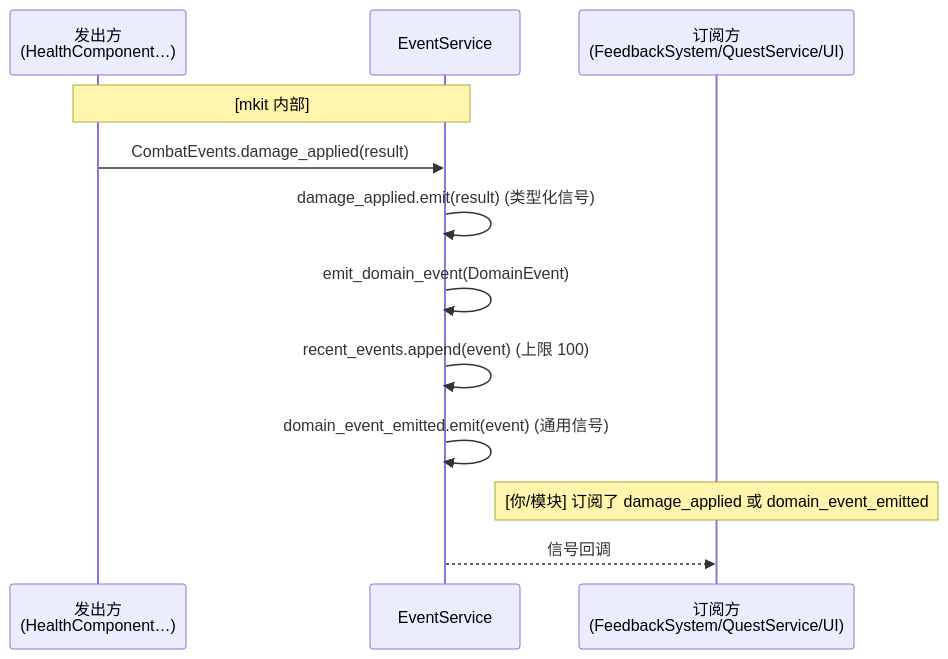
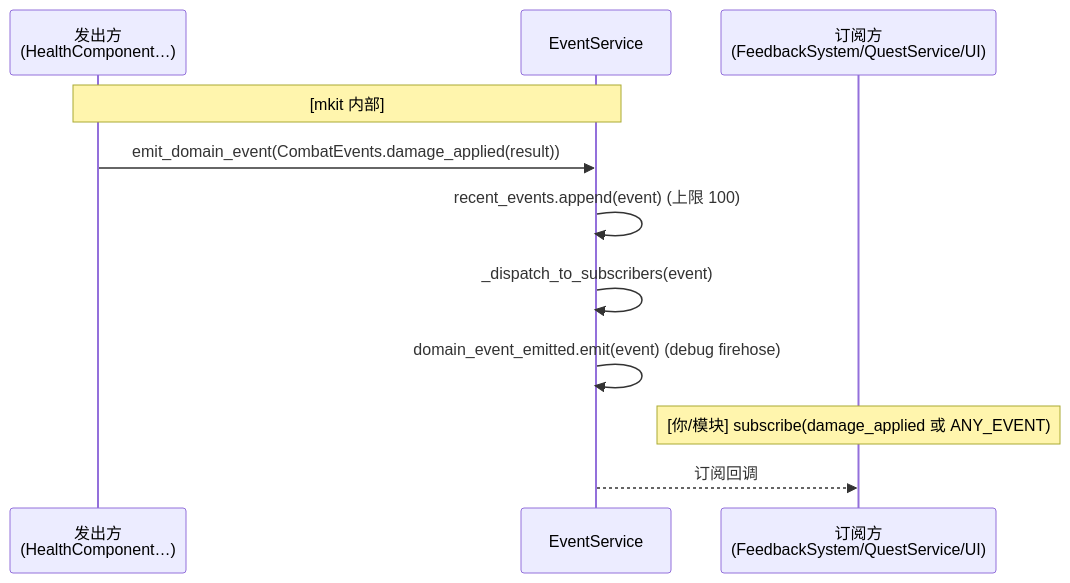
Before and after one commit to xiaofeiqiu/mkit: the eighth of 20 diagrams in docs/pipeline.md, drawn with Mermaid. The commit also changed other lines of this file and 403 other files, not shown here.

````diff
--- a/docs/pipeline.md
+++ b/docs/pipeline.md
@@ -567,15 +559,14 @@
 ```mermaid
 sequenceDiagram
     participant Caller as 发出方<br/>(HealthComponent…)
     participant ES as EventService
     participant Sub as 订阅方<br/>(FeedbackSystem/QuestService/UI)
 
     Note over Caller,ES: [mkit 内部]
-    Caller->>ES: CombatEvents.damage_applied(result)
-    ES->>ES: damage_applied.emit(result)  (类型化信号)
-    ES->>ES: emit_domain_event(DomainEvent)
+    Caller->>ES: emit_domain_event(CombatEvents.damage_applied(result))
     ES->>ES: recent_events.append(event)  (上限 100)
-    ES->>ES: domain_event_emitted.emit(event)  (通用信号)
-    Note over Sub: [你/模块] 订阅了 damage_applied 或 domain_event_emitted
-    ES-->>Sub: 信号回调
+    ES->>ES: _dispatch_to_subscribers(event)
+    ES->>ES: domain_event_emitted.emit(event)  (debug firehose)
+    Note over Sub: [你/模块] subscribe(damage_applied 或 ANY_EVENT)
+    ES-->>Sub: 订阅回调
 ```
````
